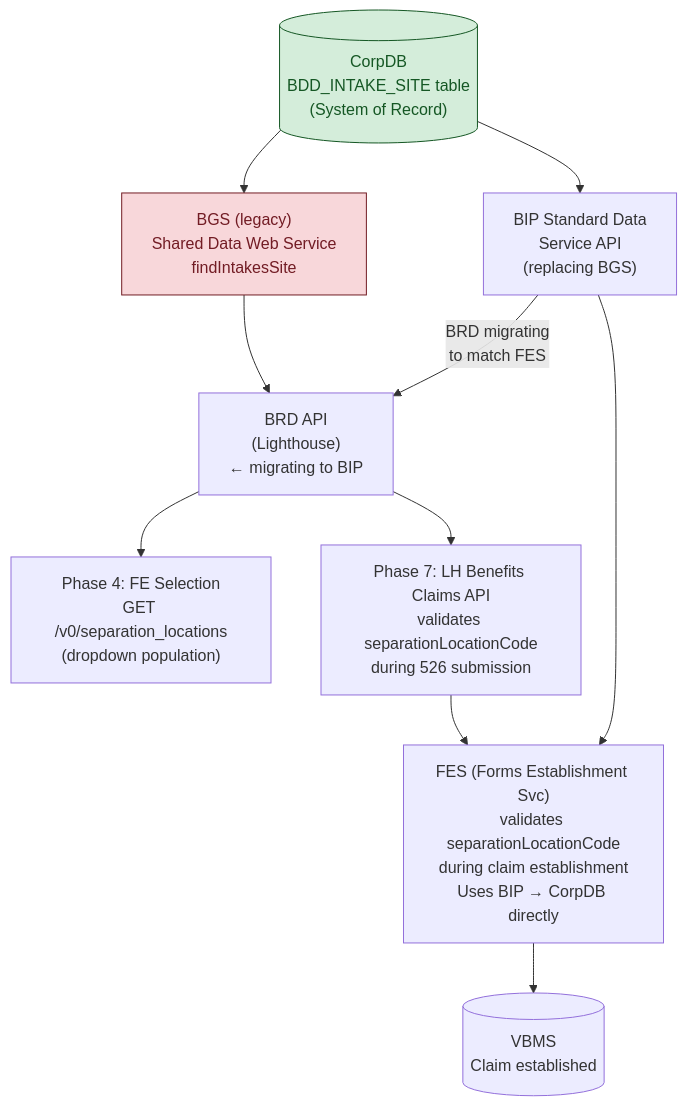
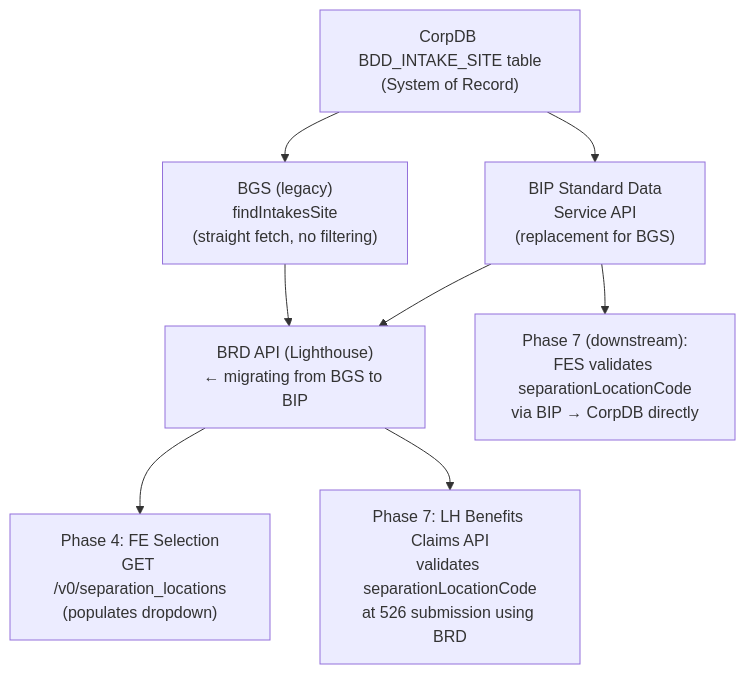
One commit to Ninjaneer321/va.gov-team changed diagram 13 of 16 in products/disability/526ez/form526_architecture_flow.md. Above: the diagram before and after it, drawn with Mermaid. The commit also changed other lines of this file, not shown here.

Commit message:
Updated architecture diagram with useFormFeatureToggleSync

````diff
--- a/products/disability/526ez/form526_architecture_flow.md
+++ b/products/disability/526ez/form526_architecture_flow.md
@@ -401,24 +392,19 @@
 ```mermaid
-graph TD
-    CORPDB[("CorpDB<br/>BDD_INTAKE_SITE table<br/>(System of Record)")]
+flowchart TD
+    CorpDB["CorpDB BDD_INTAKE_SITE table<br/>(System of Record)"]
 
-    CORPDB --> BGS["BGS (legacy)<br/>Shared Data Web Service<br/>findIntakesSite"]
-    CORPDB --> BIP["BIP Standard Data<br/>Service API<br/>(replacing BGS)"]
+    BGS["BGS (legacy)<br/>findIntakesSite<br/>(straight fetch, no filtering)"]
+    BIP["BIP Standard Data<br/>Service API<br/>(replacement for BGS)"]
 
-    BGS --> BRD["BRD API<br/>(Lighthouse)<br/>← migrating to BIP"]
-    BIP -->|"BRD migrating<br/>to match FES"| BRD
+    BRD["BRD API (Lighthouse)<br/>← migrating from BGS to BIP"]
+
+    FE["Phase 4: FE Selection<br/>GET /v0/separation_locations<br/>(populates dropdown)"]
+    LH["Phase 7: LH Benefits Claims API<br/>validates separationLocationCode<br/>at 526 submission using BRD"]
+    FES["Phase 7 (downstream):<br/>FES validates separationLocationCode<br/>via BIP → CorpDB directly"]
+
+    CorpDB --> BGS --> BRD
+    CorpDB --> BIP --> BRD
     BIP --> FES
-
-    BRD --> FE_SELECT["Phase 4: FE Selection<br/>GET /v0/separation_locations<br/>(dropdown population)"]
-    BRD --> LH_VALIDATE["Phase 7: LH Benefits Claims API<br/>validates separationLocationCode<br/>during 526 submission"]
-
-    FES["FES (Forms Establishment Svc)<br/>validates separationLocationCode<br/>during claim establishment<br/>Uses BIP → CorpDB directly"]
-    LH_VALIDATE --> FES
-    FES --> VBMS[("VBMS<br/>Claim established")]
-
-    classDef sysofrecord fill:#d4edda,stroke:#155724,color:#155724
-    classDef external fill:#fff3cd,stroke:#856404,color:#856404
-    classDef legacy fill:#f8d7da,stroke:#721c24,color:#721c24
-    class CORPDB sysofrecord
-    class BGS legacy
+    BRD --> FE
+    BRD --> LH
 ```
````
